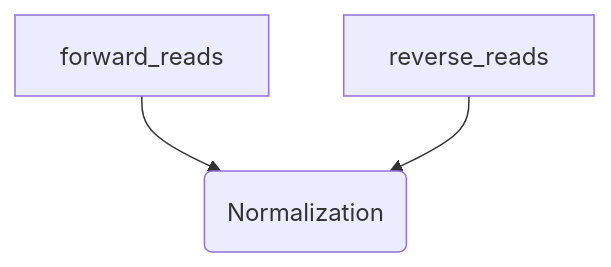
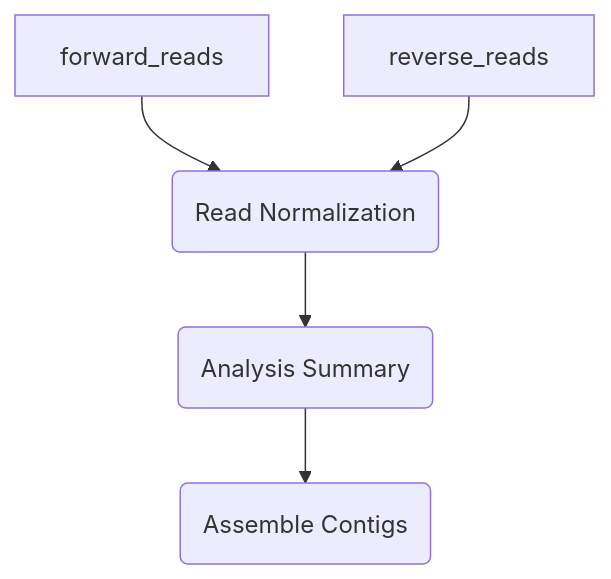
Before and after one commit to BCCDC-PHL/FluViewer: the diagram in README.md, drawn with Mermaid. The commit also changed other lines of this file, not shown here.

````diff
--- a/README.md
+++ b/README.md
@@ -32,6 +32,7 @@
 ```mermaid
 flowchart TD
-  forward_reads --> normalization(Normalization)
+  forward_reads --> normalization(Read Normalization)
   reverse_reads --> normalization
-  
+  normalization --> normalization_analysis_summary(Analysis Summary)
+  normalization_analysis_summary --> assemble_contigs(Assemble Contigs)
 ```
````
